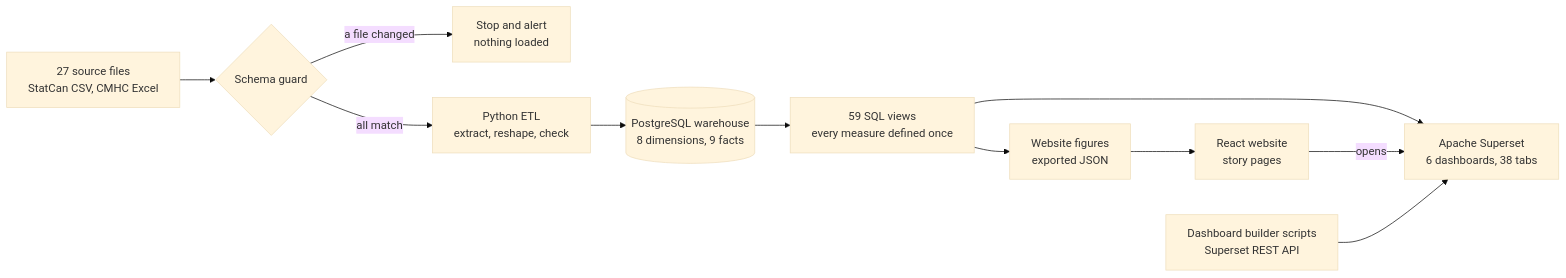
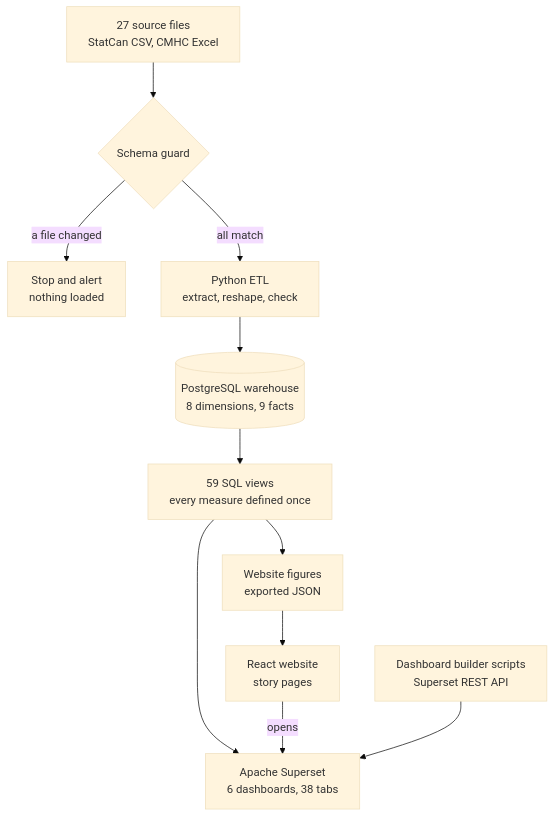
Before and after one commit to pateldhriti/visual-analytics-internship-project-2: the first of 6 diagrams in docs/design_document.md, drawn with Mermaid (base theme). The commit also changed other lines of this file and 2 other files, not shown here.

Commit message:
Design document: Word and PDF versions with diagrams; correct the ERD

````diff
--- a/docs/design_document.md
+++ b/docs/design_document.md
@@ -99,13 +99,13 @@
 ```mermaid
-flowchart LR
+flowchart TB
     S[27 source files<br/>StatCan CSV, CMHC Excel] --> G{Schema guard}
     G -- a file changed --> X[Stop and alert<br/>nothing loaded]
     G -- all match --> E[Python ETL<br/>extract, reshape, check]
     E --> W[(PostgreSQL warehouse<br/>8 dimensions, 9 facts)]
     W --> V[59 SQL views<br/>every measure defined once]
     V --> SS[Apache Superset<br/>6 dashboards, 38 tabs]
     V --> F[Website figures<br/>exported JSON]
     F --> R[React website<br/>story pages]
     R -->|opens| SS
     B[Dashboard builder scripts<br/>Superset REST API] --> SS
 ```
````
